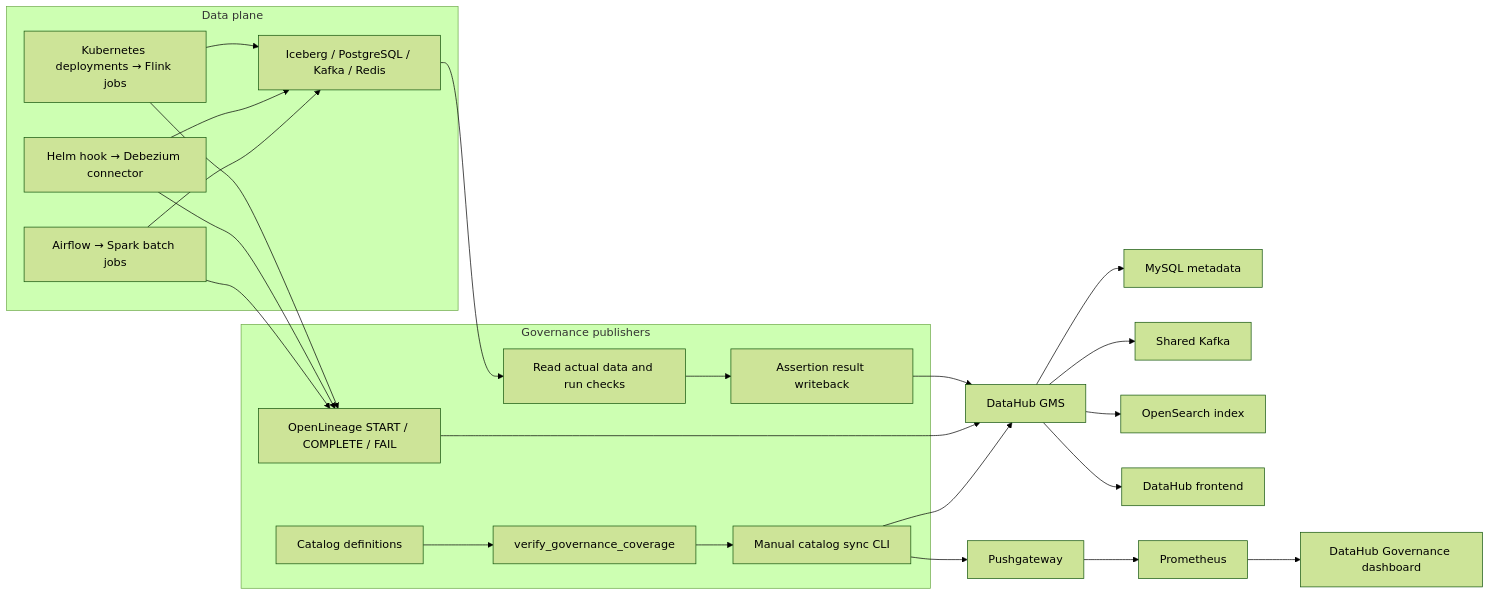
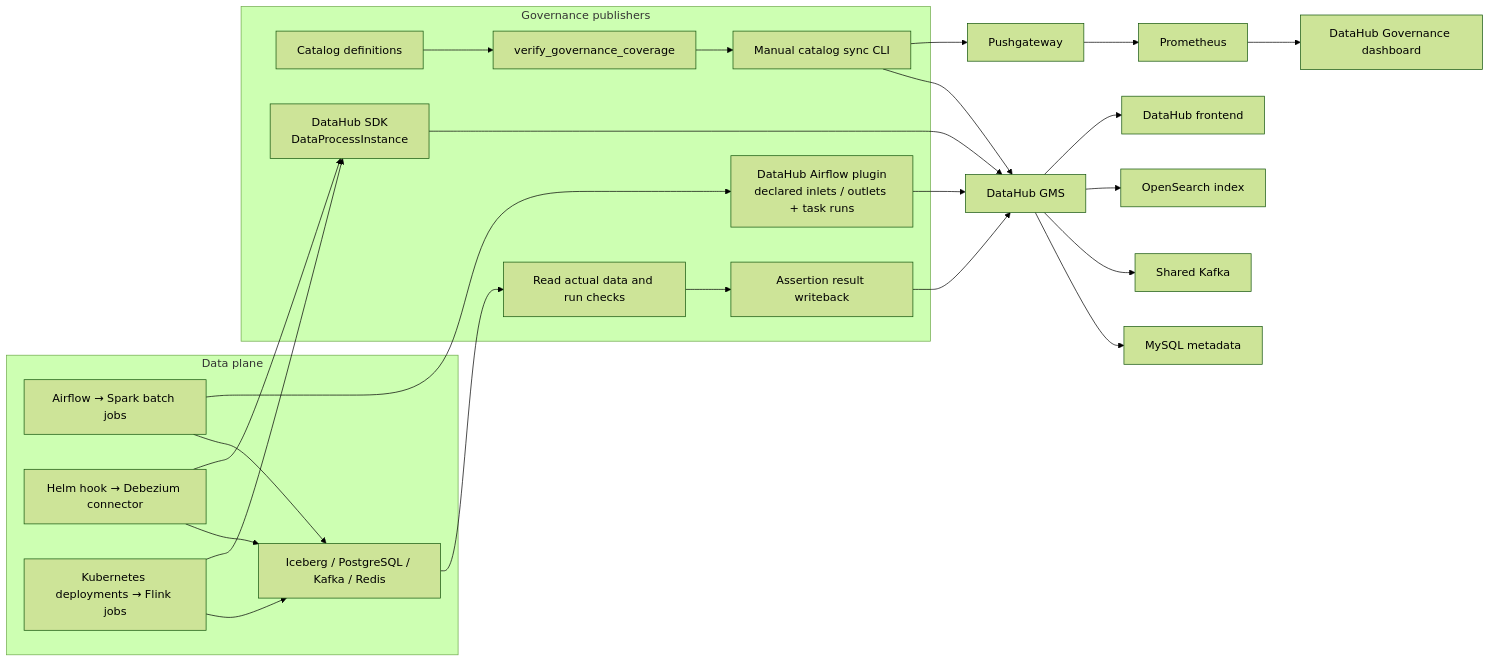
One commit to itsmekhoathekid/RecSys-MLops changed the diagram in docs/submission/rubic-(mini-coursework)/data_governance.md. Above: the diagram before and after it, drawn with Mermaid (forest theme). The commit also changed other lines of this file and 59 other files, not shown here.

Commit message:
feat: cut over lineage to DataHub SDK

````diff
--- a/docs/submission/rubic-(mini-coursework)/data_governance.md
+++ b/docs/submission/rubic-(mini-coursework)/data_governance.md
@@ -15,33 +15,34 @@
 ```mermaid
 flowchart LR
   subgraph DataPlane["Data plane"]
     Batch["Airflow → Spark batch jobs"]
     CDC["Helm hook → Debezium connector"]
     Stream["Kubernetes deployments → Flink jobs"]
     Stores["Iceberg / PostgreSQL / Kafka / Redis"]
     Batch --> Stores
     CDC --> Stores
     Stream --> Stores
   end
 
   subgraph GovernancePublishers["Governance publishers"]
     Definitions["Catalog definitions"] --> Coverage["verify_governance_coverage"]
     Coverage --> CatalogCLI["Manual catalog sync CLI"]
-    Batch --> OL["OpenLineage START / COMPLETE / FAIL"]
-    CDC --> OL
-    Stream --> OL
+    Batch --> Plugin["DataHub Airflow plugin<br/>declared inlets / outlets + task runs"]
+    CDC --> SDK["DataHub SDK<br/>DataProcessInstance"]
+    Stream --> SDK
     Stores --> Validator["Read actual data and run checks"]
     Validator --> Results["Assertion result writeback"]
   end
 
   CatalogCLI --> GMS["DataHub GMS"]
-  OL --> GMS
+  Plugin --> GMS
+  SDK --> GMS
   Results --> GMS
   GMS --> MySQL["MySQL metadata"]
   GMS --> Kafka["Shared Kafka"]
   GMS --> Search["OpenSearch index"]
   GMS --> UI["DataHub frontend"]
   CatalogCLI --> Pushgateway["Pushgateway"]
   Pushgateway --> Prometheus["Prometheus"]
   Prometheus --> Grafana["DataHub Governance dashboard"]
 ```
````
